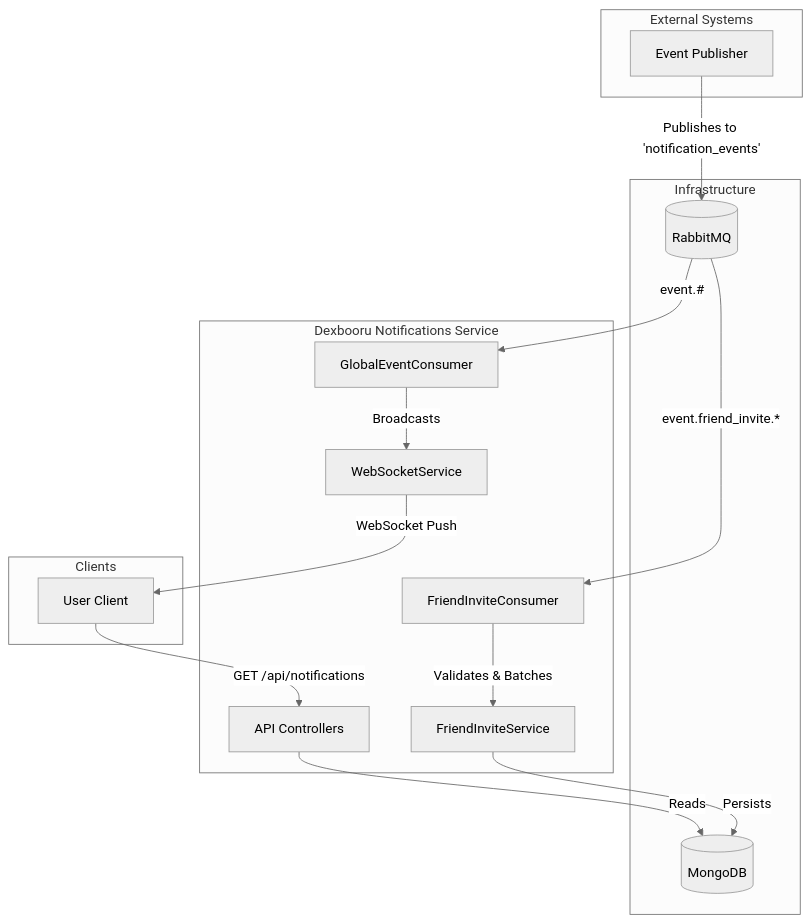
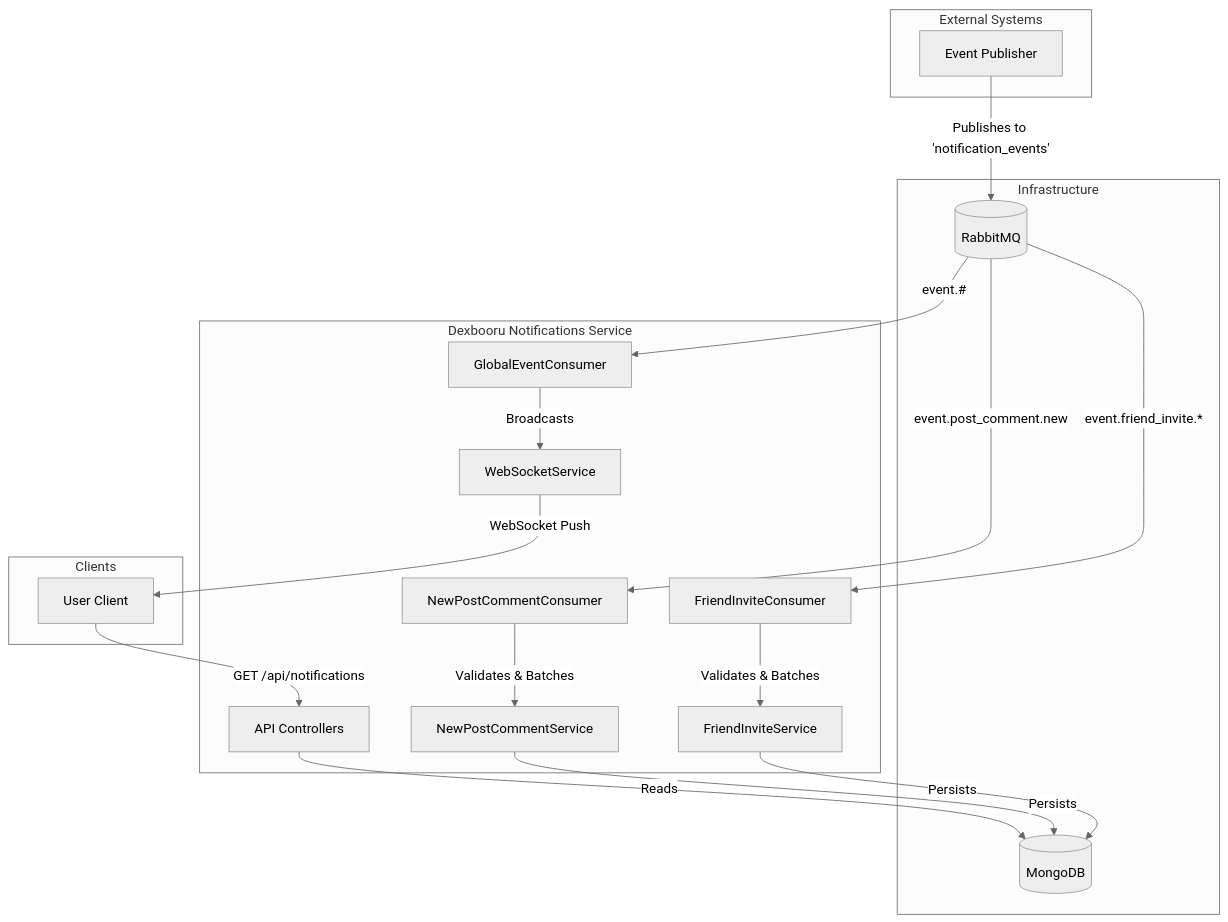
One commit to Dexbooru/dexbooru-notifications changed the diagram in README.md. Above: the diagram before and after it, drawn with Mermaid (neutral theme). The commit also changed other lines of this file and 17 other files, not shown here.

Commit message:
added new post comment service, repo, model and consumer to notifications

````diff
--- a/README.md
+++ b/README.md
@@ -78,37 +79,43 @@
 ```mermaid
 graph TD
     subgraph "External Systems"
         Publisher[Event Publisher]
     end
 
     subgraph "Infrastructure"
         RMQ[(RabbitMQ)]
         Mongo[(MongoDB)]
     end
 
     subgraph "Dexbooru Notifications Service"
         FIC[FriendInviteConsumer]
+        NPCC[NewPostCommentConsumer]
         GEC[GlobalEventConsumer]
         FIS[FriendInviteService]
+        NPCS[NewPostCommentService]
         WSS[WebSocketService]
         API[API Controllers]
     end
 
     subgraph "Clients"
         User[User Client]
     end
 
     Publisher -- Publishes to 'notification_events' --> RMQ
     
     RMQ -- "event.friend_invite.*" --> FIC
+    RMQ -- "event.post_comment.new" --> NPCC
     RMQ -- "event.#" --> GEC
 
     FIC -- Validates & Batches --> FIS
     FIS -- Persists --> Mongo
+
+    NPCC -- Validates & Batches --> NPCS
+    NPCS -- Persists --> Mongo
 
     GEC -- "Broadcasts" --> WSS
     WSS -- "WebSocket Push" --> User
 
     User -- "GET /api/notifications" --> API
     API -- "Reads" --> Mongo
 ```
````
